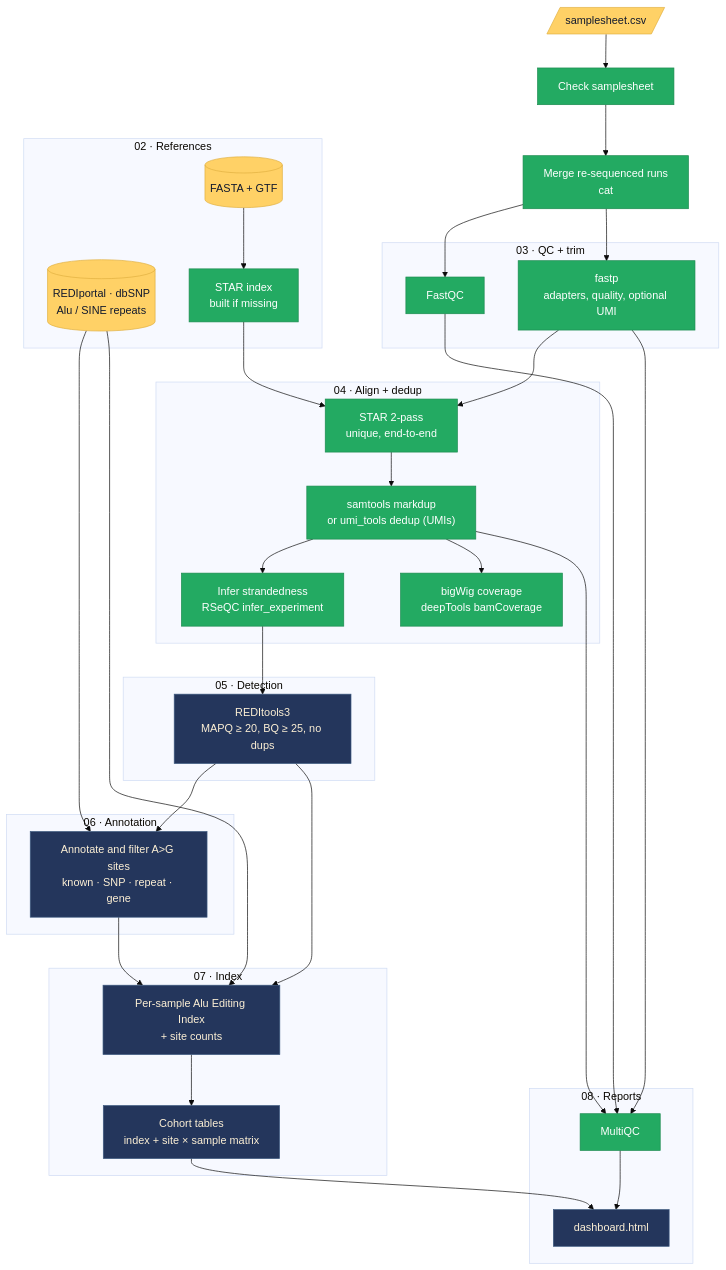
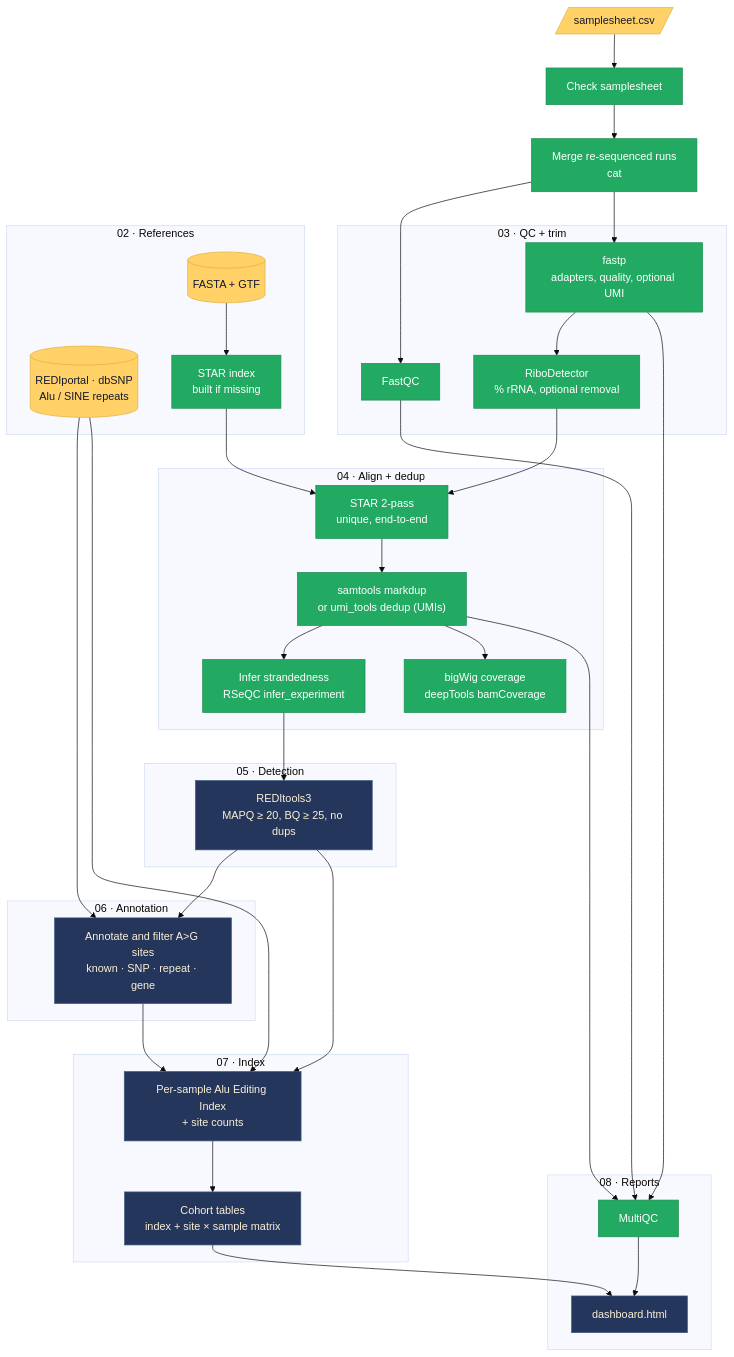
The diagram in README.md (bioinfo-fiend/adarable), drawn with Mermaid (base theme) before and after one commit. The commit also changed other lines of this file and 5 other files, not shown here.

First line of the commit message:
Phase 03: RiboDetector rRNA check

````diff
--- a/README.md
+++ b/README.md
@@ -19,66 +19,67 @@
 ```mermaid
 flowchart TD
     sheet[/"samplesheet.csv"/] --> check["Check samplesheet"]
     check --> cat["Merge re-sequenced runs<br/>cat"]
 
     subgraph qc ["03 · QC + trim"]
         fastqc["FastQC"]
         fastp["fastp<br/>adapters, quality, optional UMI"]
+        ribo["RiboDetector<br/>% rRNA, optional removal"]
     end
     cat --> fastqc
-    cat --> fastp
+    cat --> fastp --> ribo
 
     subgraph refs ["02 · References"]
         fasta[("FASTA + GTF")]
         known[("REDIportal · dbSNP<br/>Alu / SINE repeats")]
         index["STAR index<br/>built if missing"]
     end
     fasta --> index
 
     subgraph align ["04 · Align + dedup"]
         star["STAR 2-pass<br/>unique, end-to-end"]
         markdup["samtools markdup<br/>or umi_tools dedup (UMIs)"]
         bigwig["bigWig coverage<br/>deepTools bamCoverage"]
         strand["Infer strandedness<br/>RSeQC infer_experiment"]
     end
-    fastp --> star
+    ribo --> star
     index --> star
     star --> markdup --> strand
     markdup --> bigwig
 
     subgraph detect ["05 · Detection"]
         redi["REDItools3<br/>MAPQ ≥ 20, BQ ≥ 25, no dups"]
     end
     strand --> redi
 
     subgraph annot ["06 · Annotation"]
         ann["Annotate and filter A>G sites<br/>known · SNP · repeat · gene"]
     end
     redi --> ann
     known --> ann
 
     subgraph index_ ["07 · Index"]
         aei["Per-sample Alu Editing Index<br/>+ site counts"]
         cohort["Cohort tables<br/>index + site × sample matrix"]
     end
     redi --> aei
     known --> aei
     ann --> aei --> cohort
 
     subgraph report ["08 · Reports"]
         mqc["MultiQC"]
         dash["dashboard.html"]
     end
     fastqc --> mqc
     fastp --> mqc
     markdup --> mqc
     cohort --> dash
     mqc --> dash
 
     classDef done fill:#23aa62,stroke:#1b8a4f,color:#fff
     classDef todo fill:#24365c,stroke:#3d5a80,color:#fdf0d5
     classDef data fill:#ffd166,stroke:#e0b040,color:#11192e
-    class check,cat,index,fastqc,fastp,mqc,star,markdup,strand,bigwig done
+    class check,cat,index,fastqc,fastp,ribo,mqc,star,markdup,strand,bigwig done
     class redi,ann,aei,cohort,dash todo
     class sheet,fasta,known data
 ```
````
